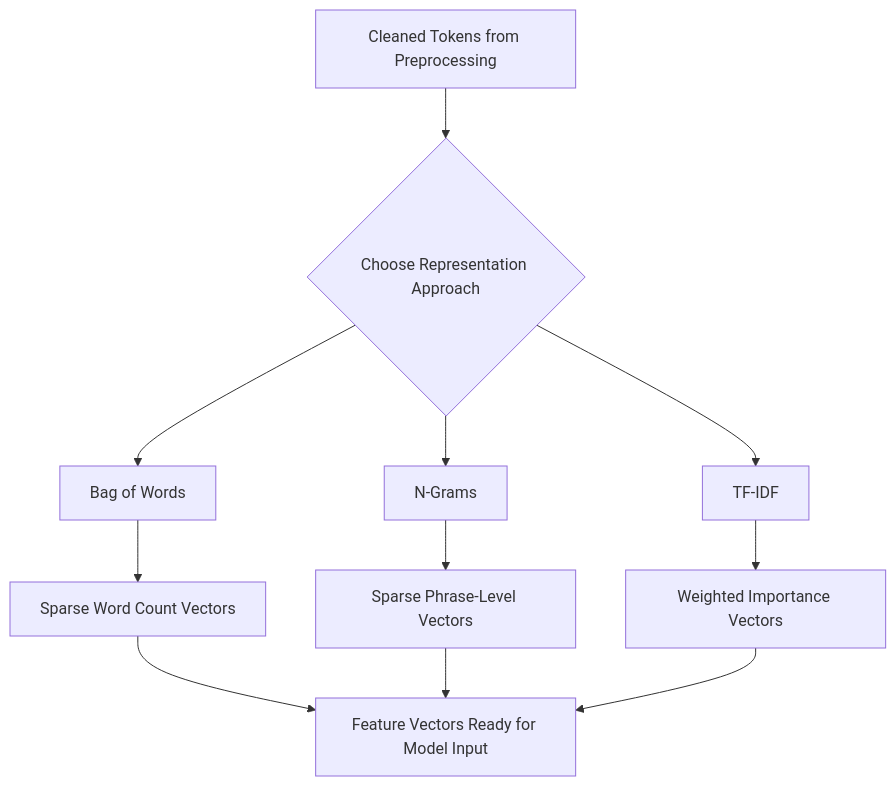
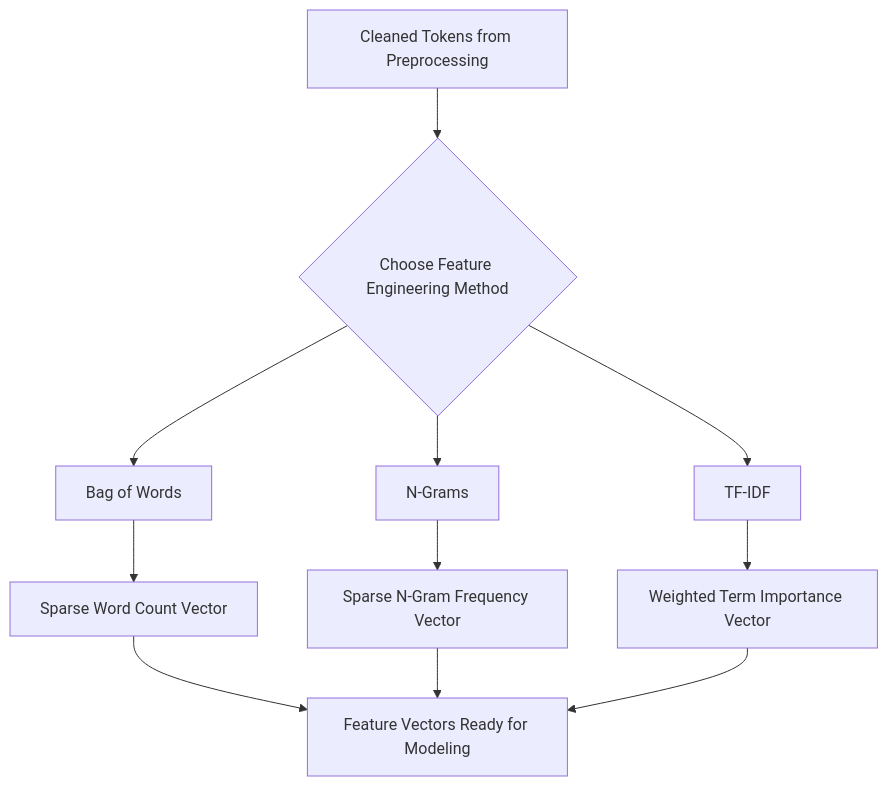
Before and after one commit to snehachheda963/nlp-knowledge-repository: the diagram in workflow-diagrams/feature-engineering-pipeline.md, drawn with Mermaid. The commit also changed other lines of this file, not shown here.

`````diff
--- a/workflow-diagrams/feature-engineering-pipeline.md
+++ b/workflow-diagrams/feature-engineering-pipeline.md
@@ -7,13 +7,13 @@
-````mermaid
+```mermaid
 flowchart TD
-    A[Cleaned Tokens from Preprocessing] --> B{Choose Representation Approach}
+    A[Cleaned Tokens from Preprocessing] --> B{Choose Feature Engineering Method}
     B --> C[Bag of Words]
     B --> D[N-Grams]
     B --> E[TF-IDF]
-    C --> F[Sparse Word Count Vectors]
-    D --> G[Sparse Phrase-Level Vectors]
-    E --> H[Weighted Importance Vectors]
-    F --> I[Feature Vectors Ready for Model Input]
+    C --> F[Sparse Word Count Vector]
+    D --> G[Sparse N-Gram Frequency Vector]
+    E --> H[Weighted Term Importance Vector]
+    F --> I[Feature Vectors Ready for Modeling]
     G --> I
     H --> I
-````
+```
`````
